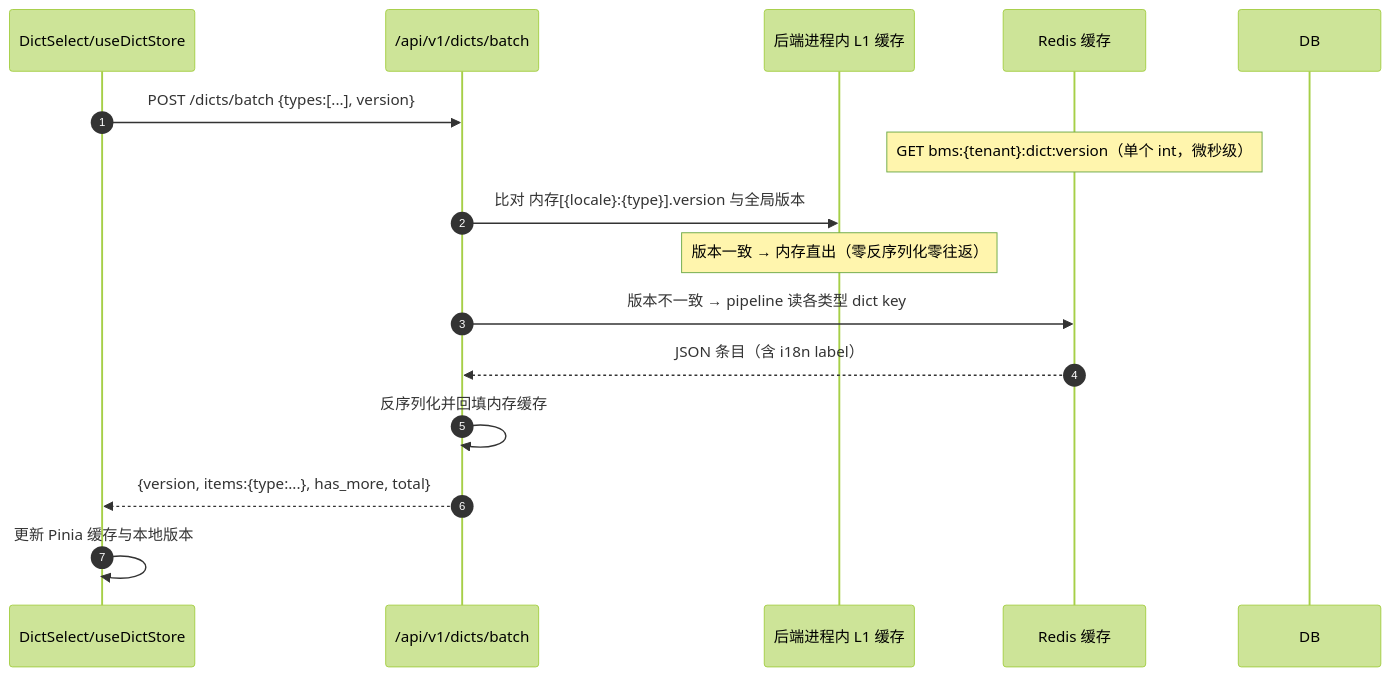
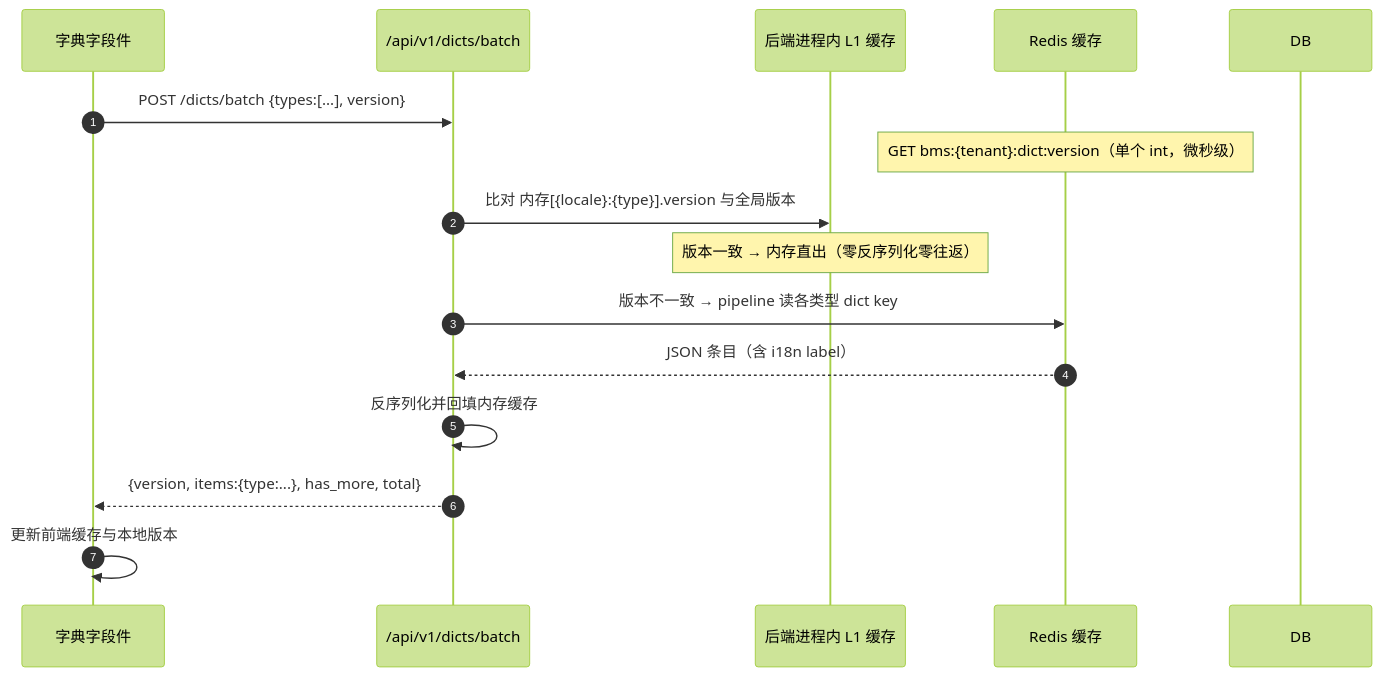
The first of 3 diagrams in bms文档/设计/组件设计/06_字段类/01_组件设计_字典字段/01_组件设计_字典字段.md (minjian123/basic-management-system), drawn with Mermaid (forest theme) before and after one commit. The commit also changed other lines of this file and 238 other files, not shown here.

````diff
--- a/bms文档/设计/组件设计/06_字段类/01_组件设计_字典字段/01_组件设计_字典字段.md
+++ b/bms文档/设计/组件设计/06_字段类/01_组件设计_字典字段/01_组件设计_字典字段.md
@@ -39,19 +39,19 @@
 ```mermaid
 sequenceDiagram
     autonumber
-    participant 前端组件 as DictSelect/useDictStore
+    participant 前端组件 as 字典字段件
     participant 后端 as /api/v1/dicts/batch
     participant L1 as 后端进程内 L1 缓存
     participant Redis 缓存
     participant DB
 
     前端组件->>后端: POST /dicts/batch {types:[...], version}
     Note over Redis 缓存: GET bms:{tenant}:dict:version（单个 int，微秒级）
     后端->>L1: 比对 内存[{locale}:{type}].version 与全局版本
     Note over L1: 版本一致 → 内存直出（零反序列化零往返）
     后端->>Redis 缓存: 版本不一致 → pipeline 读各类型 dict key
     Redis 缓存-->>后端: JSON 条目（含 i18n label）
     后端->>后端: 反序列化并回填内存缓存
     后端-->>前端组件: {version, items:{type:...}, has_more, total}
-    前端组件->>前端组件: 更新 Pinia 缓存与本地版本
+    前端组件->>前端组件: 更新前端缓存与本地版本
 ```
````
